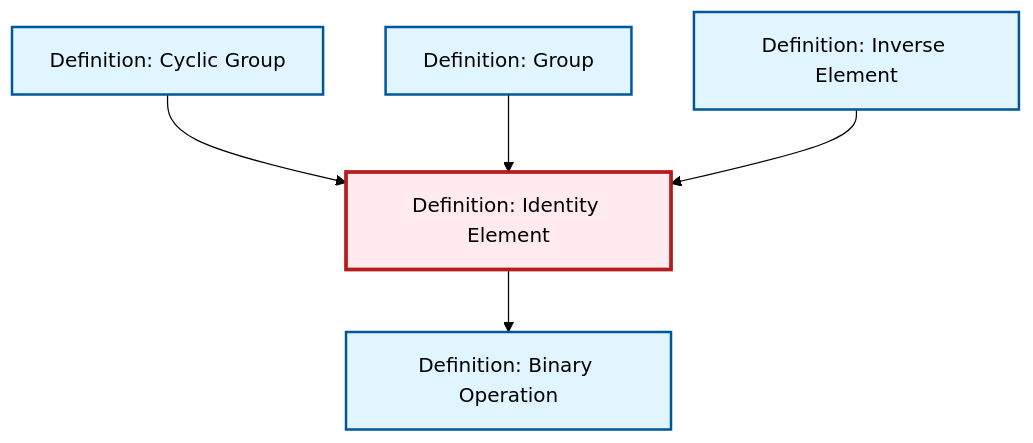
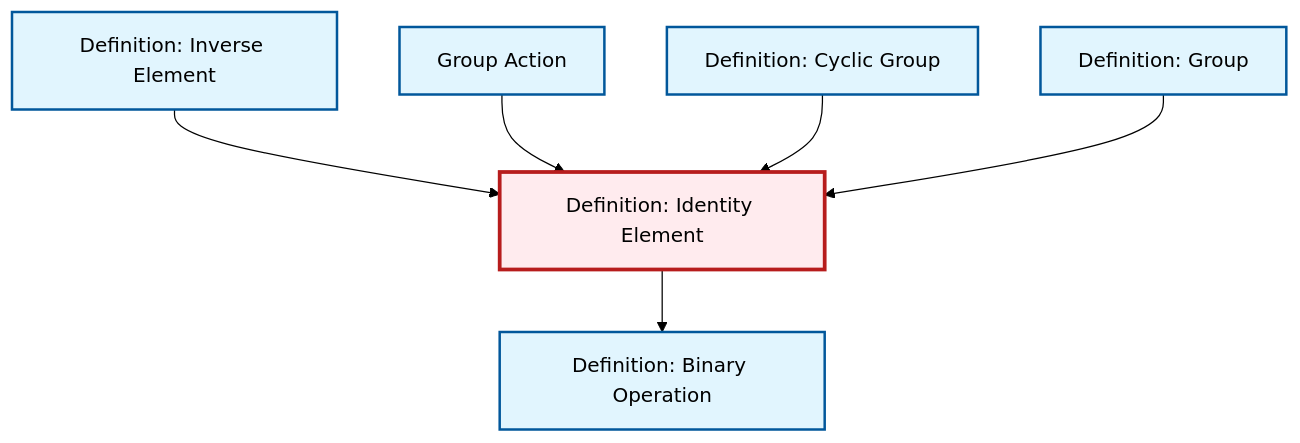
One commit to RK0429/ModernMath changed the diagram in content/ja/algebra/def-identity-element.qmd. Above: the diagram before and after it, drawn with Mermaid (forest theme). The commit also changed 474 other files, not shown here.

First line of the commit message:
Add group action content with comprehensive cross-references

````diff
--- a/content/ja/algebra/def-identity-element.qmd
+++ b/content/ja/algebra/def-identity-element.qmd
@@ -81,23 +81,26 @@
 ```{mermaid}
 %%| fig-cap: "Local dependency graph"
 graph TD
     classDef definition fill:#e1f5fe,stroke:#01579b,stroke-width:2px
     classDef theorem fill:#f3e5f5,stroke:#4a148c,stroke-width:2px
     classDef axiom fill:#fff3e0,stroke:#e65100,stroke-width:2px
     classDef example fill:#e8f5e9,stroke:#1b5e20,stroke-width:2px
     classDef current fill:#ffebee,stroke:#b71c1c,stroke-width:3px
     def-inverse-element["Definition: Inverse Element"]:::definition
+    def-cyclic-group["Definition: Cyclic Group"]:::definition
+    def-identity-element["Definition: Identity Element"]:::definition
+    def-group-action["Group Action"]:::definition
     def-group["Definition: Group"]:::definition
     def-binary-operation["Definition: Binary Operation"]:::definition
-    def-identity-element["Definition: Identity Element"]:::definition
-    def-cyclic-group["Definition: Cyclic Group"]:::definition
+    def-inverse-element --> def-identity-element
+    def-group-action --> def-identity-element
+    def-cyclic-group --> def-identity-element
     def-identity-element --> def-binary-operation
-    def-cyclic-group --> def-identity-element
     def-group --> def-identity-element
-    def-inverse-element --> def-identity-element
     class def-identity-element current
     click def-inverse-element "def-inverse-element.html" "Definition: Inverse Elementへ"
+    click def-cyclic-group "def-cyclic-group.html" "Definition: Cyclic Groupへ"
+    click def-group-action "def-group-action.html" "Group Actionへ"
     click def-group "def-group.html" "Definition: Groupへ"
     click def-binary-operation "def-binary-operation.html" "Definition: Binary Operationへ"
-    click def-cyclic-group "def-cyclic-group.html" "Definition: Cyclic Groupへ"
 ```
````
